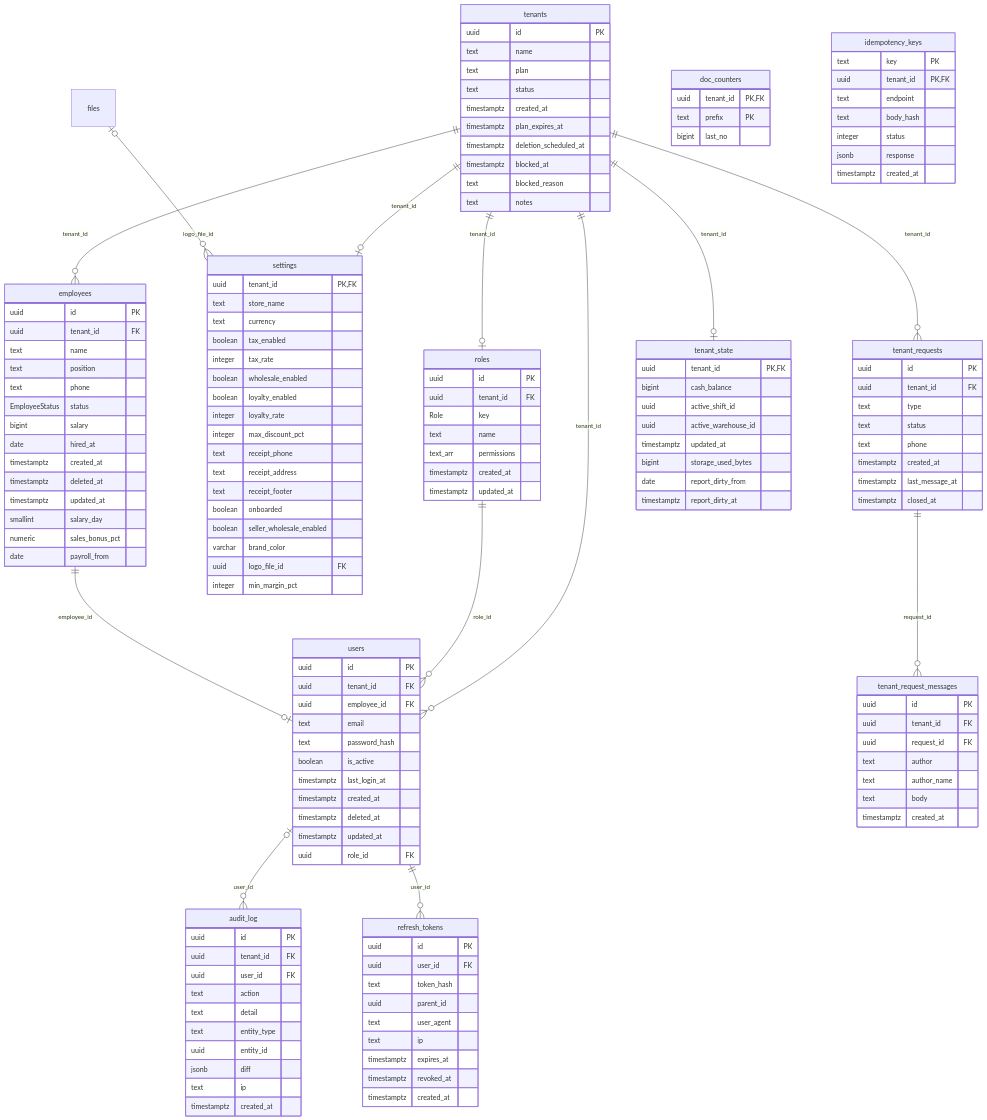
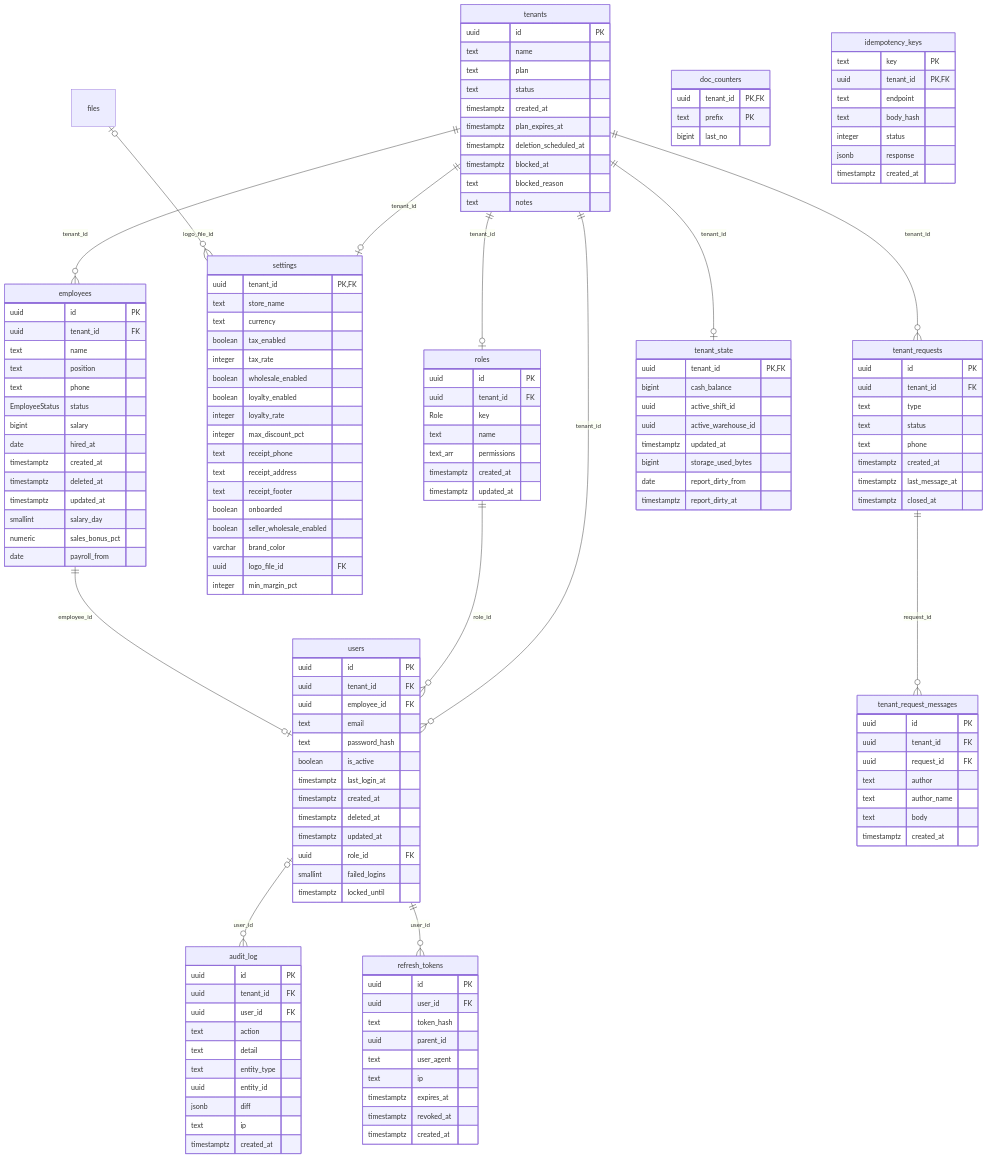
One commit to Ulugbek-Mominjonov/crm-api changed the second of 10 diagrams in docs/database/README.md. Above: the diagram before and after it, drawn with Mermaid. The commit also changed other lines of this file and 42 other files, not shown here.

```diff
--- a/docs/database/README.md
+++ b/docs/database/README.md
@@ -159,6 +159,8 @@
         timestamptz deleted_at
         timestamptz updated_at
         uuid role_id FK
+        smallint failed_logins
+        timestamptz locked_until
     }
     roles {
         uuid id PK
```
